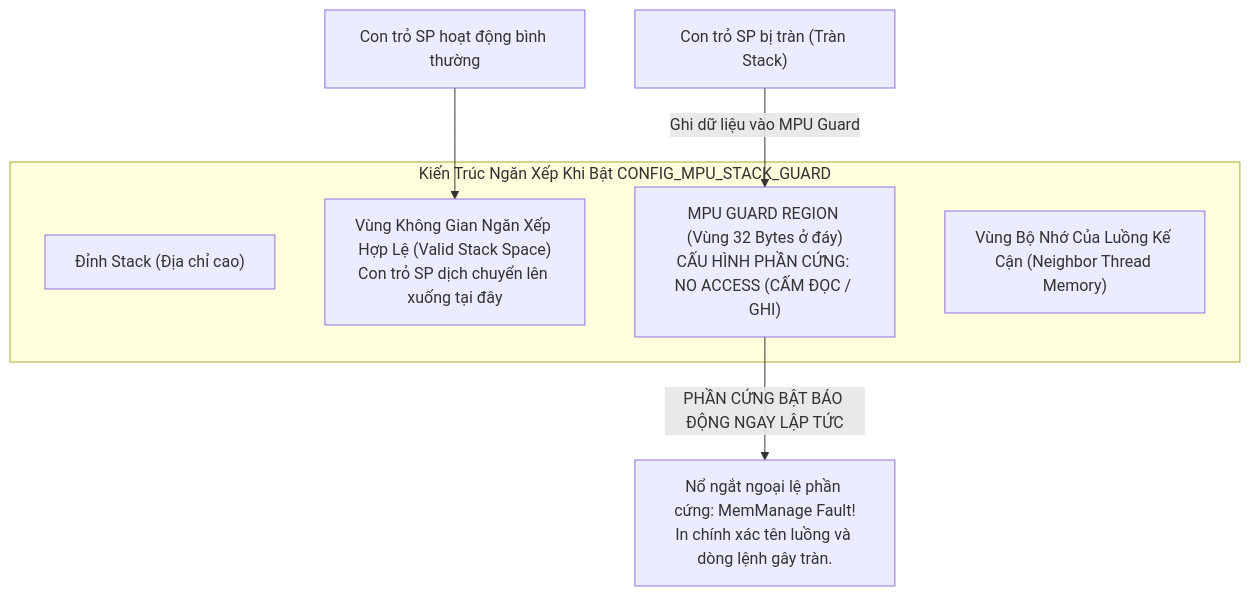
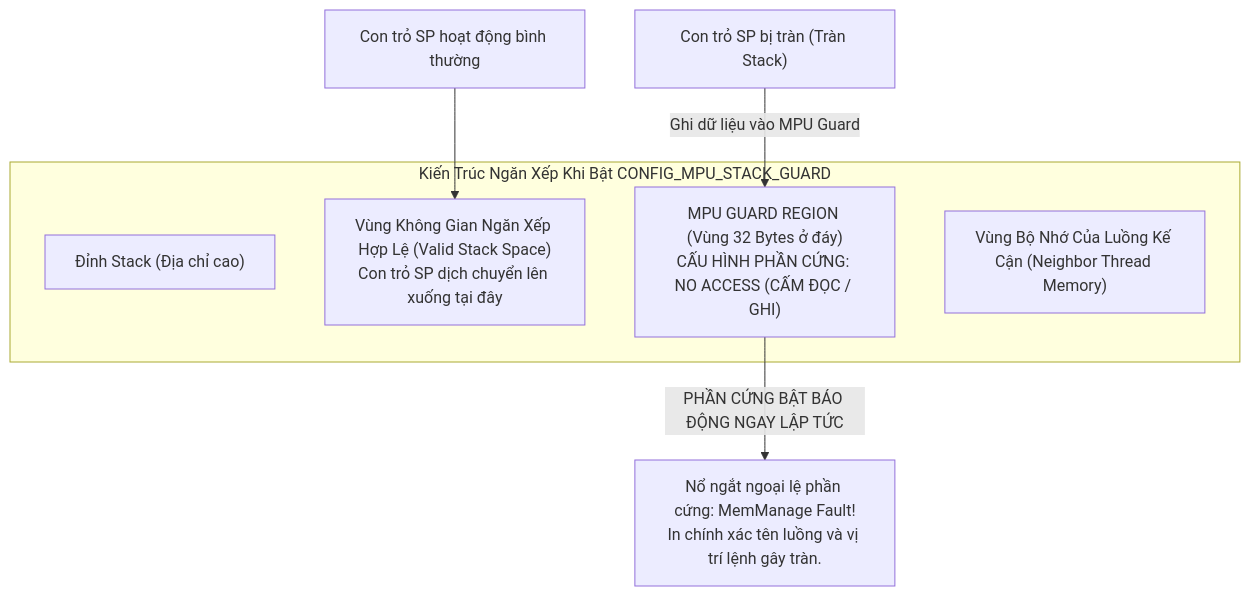
One commit to HuynhTran112/source changed the third of 3 diagrams in day07_learning_guide.md. Above: the diagram before and after it, drawn with Mermaid. The commit also changed other lines of this file and 5 other files, not shown here.

````diff
--- a/day07_learning_guide.md
+++ b/day07_learning_guide.md
@@ -192,13 +256,13 @@
 ```mermaid
 flowchart TD
     subgraph RAM_Layout["Kiến Trúc Ngăn Xếp Khi Bật CONFIG_MPU_STACK_GUARD"]
         TOP["Đỉnh Stack (Địa chỉ cao)"]
         SPACE["Vùng Không Gian Ngăn Xếp Hợp Lệ (Valid Stack Space)<br/>Con trỏ SP dịch chuyển lên xuống tại đây"]
         GUARD["MPU GUARD REGION (Vùng 32 Bytes ở đáy)<br/>CẤU HÌNH PHẦN CỨNG: NO ACCESS (CẤM ĐỌC / GHI)"]
         NEIGHBOR["Vùng Bộ Nhớ Của Luồng Kế Cận (Neighbor Thread Memory)"]
     end
 
     SP_NORMAL["Con trỏ SP hoạt động bình thường"] --> SPACE
     SP_OVERFLOW["Con trỏ SP bị tràn (Tràn Stack)"] -->|"Ghi dữ liệu vào MPU Guard"| GUARD
-    GUARD -->|"PHẦN CỨNG BẬT BÁO ĐỘNG NGAY LẬP TỨC"| FAULT["Nổ ngắt ngoại lệ phần cứng: MemManage Fault!<br/>In chính xác tên luồng và dòng lệnh gây tràn."]
+    GUARD -->|"PHẦN CỨNG BẬT BÁO ĐỘNG NGAY LẬP TỨC"| FAULT["Nổ ngắt ngoại lệ phần cứng: MemManage Fault!<br/>In chính xác tên luồng và vị trí lệnh gây tràn."]
 ```
````
